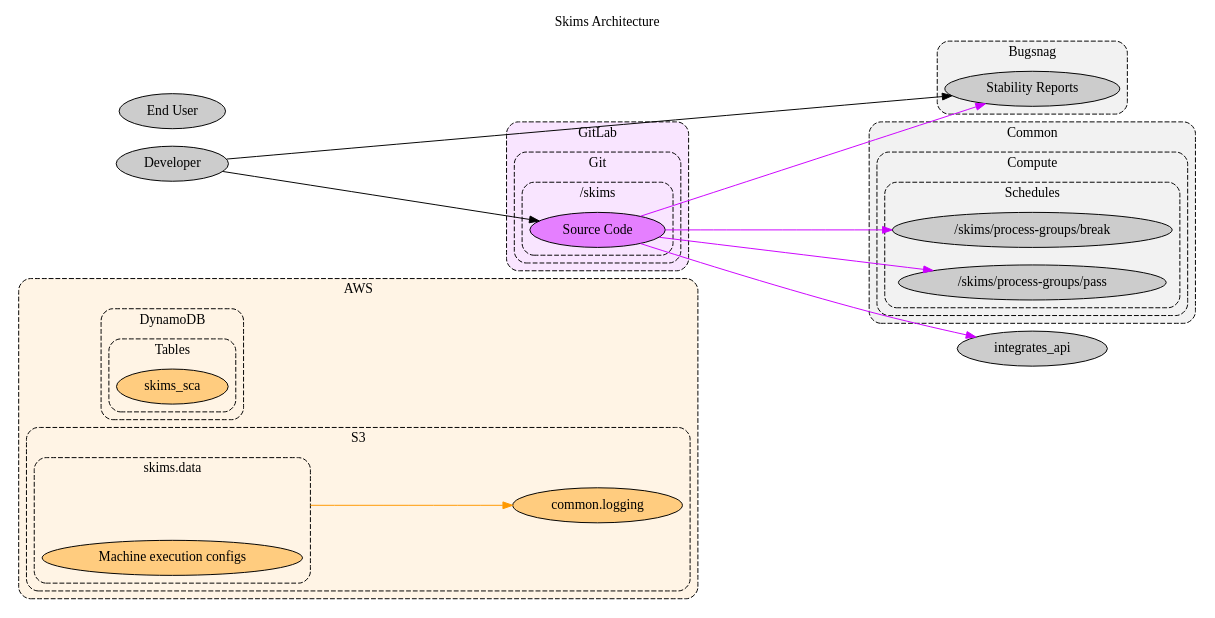
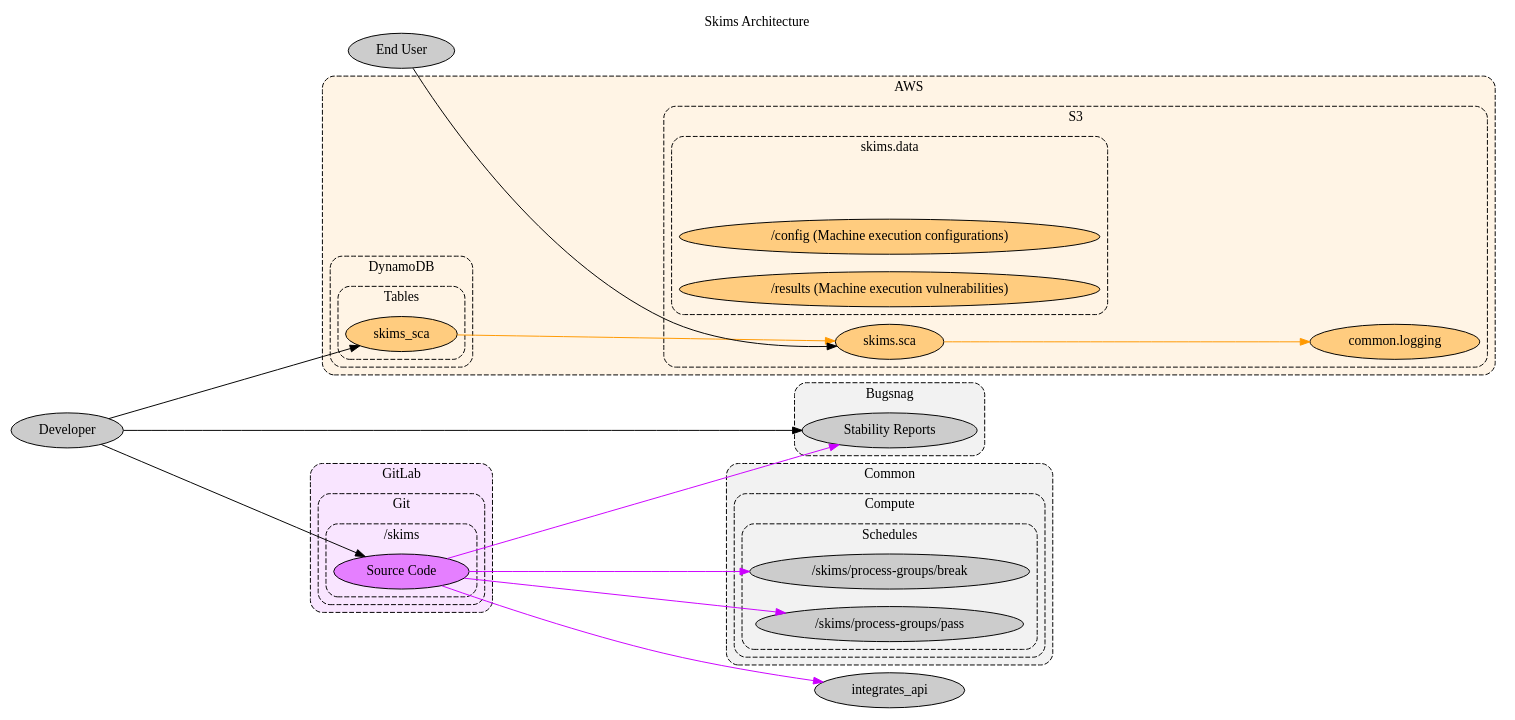
Before and after one commit to jeanbaptistemora/fluidattacks-universe2: the diagram in docs/src/docs/development/products/skims-arch.dot, drawn with Graphviz.

Commit message:
docs\feat(doc): #7581 sca db and s3
- Add a piece for the DB and S3
  and how devs and end users consume them

```diff
--- a/docs/src/docs/development/products/skims-arch.dot
+++ b/docs/src/docs/development/products/skims-arch.dot
@@ -1,104 +1,109 @@
 // SPDX-FileCopyrightText: 2022 Fluid Attacks <development@fluidattacks.com>
 //
 // SPDX-License-Identifier: MPL-2.0
 
 digraph skims {
   label="Skims Architecture"
   labelloc="t"
   compound="true"
   concentrate="true"
   ranksep="3.0"
   rankdir="LR"
   scale="scalexy"
 
   node[style="filled"]
   graph[style="dashed,rounded"]
 
   subgraph cluster_aws {
     label="AWS"
     bgcolor="0.1 0.1 1.0"
     node[fillcolor="0.1 0.5 1.0"]
 
     subgraph cluster_aws_dynamodb {
       label="DynamoDB"
 
       subgraph cluster_aws_dynamodb_tables {
         label="Tables"
 
         aws_dynamodb_tables_skims_sca[label="skims_sca"]
       }
     }
 
     subgraph cluster_aws_s3 {
       label="S3"
 
       subgraph cluster_aws_s3_skims_data {
         label="skims.data"
 
         cluster_aws_s3_skims_data[label="" style="invis"]
 
-        aws_s3_skims_data_config[label="Machine execution configs"]
+        aws_s3_skims_data_config[label="/config (Machine execution configurations)" width="6.0"]
+        aws_s3_skims_data_results[label="/results (Machine execution vulnerabilities)" width="6.0"]
       }
 
+      aws_s3_skims_sca[label="skims.sca"]
       aws_s3_common_logging[label="common.logging"]
     }
   }
 
   subgraph cluster_bugsnag {
     label="Bugsnag"
     bgcolor="0.0 0.0 0.95"
     node[fillcolor="0.0 0.0 0.8"]
 
     bugsnag[label="Stability Reports"]
   }
 
   subgraph cluster_common {
     label="Common"
     bgcolor="0.0 0.0 0.95"
     node[fillcolor="0.0 0.0 0.8"]
 
     subgraph cluster_common_compute {
       label="Compute"
 
       subgraph cluster_common_compute_schedules {
         label="Schedules"
 
         common_compute_schedules_break[label="/skims/process-groups/break"]
         common_compute_schedules_pass[label="/skims/process-groups/pass"]
       }
     }
   }
 
   subgraph cluster_gitlab {
     label="GitLab"
     bgcolor="0.8 0.1 1.0"
     node[fillcolor="0.8 0.5 1.0"]
 
     subgraph cluster_gitlab_git {
       label="Git"
 
       subgraph cluster_gitlab_skims {
         label="/skims"
 
         gitlab_skims[label="Source Code"]
       }
     }
   }
 
   node[fillcolor="0.0 0.0 0.8"]
   end_user[label="End User"]
   developer[label="Developer"]
 
   edge[color="0.1 1.0 1.0"]
-  cluster_aws_s3_skims_data -> aws_s3_common_logging[ltail="cluster_aws_s3_skims_data"]
+  aws_dynamodb_tables_skims_sca -> aws_s3_skims_sca[]
+  aws_s3_skims_sca -> aws_s3_common_logging[]
 
   edge[color="0.8 1.0 1.0"]
   gitlab_skims -> bugsnag[]
   gitlab_skims -> common_compute_schedules_break[]
   gitlab_skims -> common_compute_schedules_pass[]
   gitlab_skims -> integrates_api[]
 
   edge[color="0.0 0.0 0.0"]
+  developer -> aws_dynamodb_tables_skims_sca[]
   developer -> bugsnag[]
   developer -> gitlab_skims[]
+  end_user -> aws_s3_skims_sca[]
 }
```
